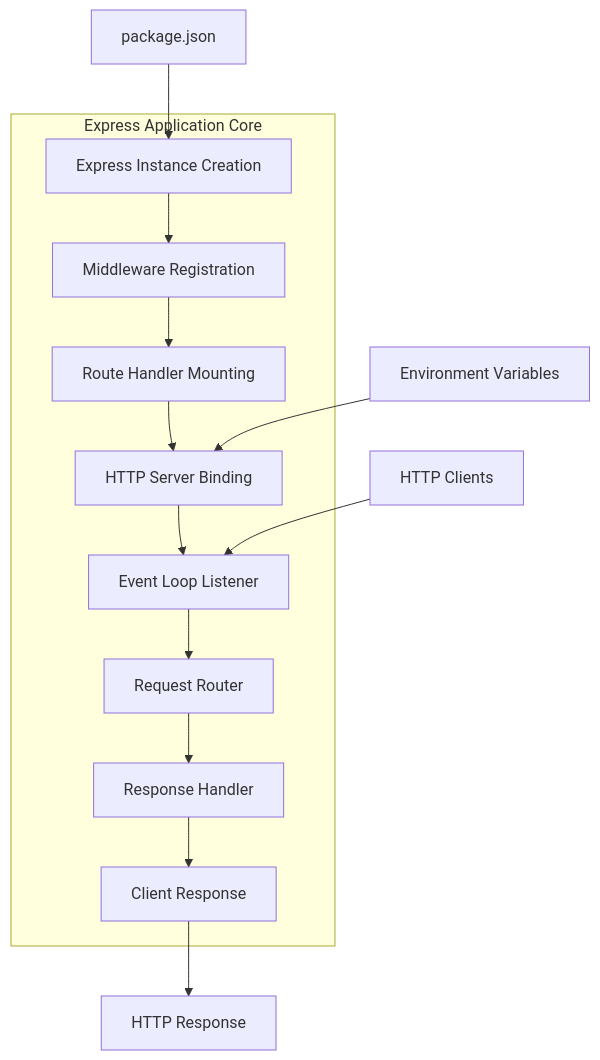
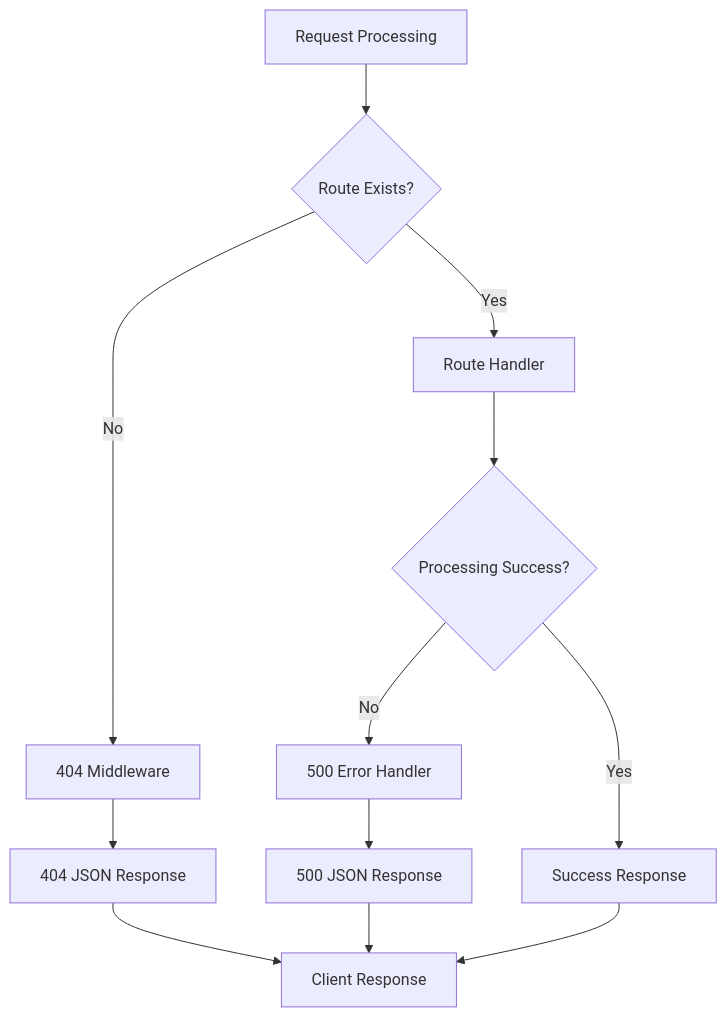
One commit to lakshya-blitzy/branch_August_lakshya_ changed diagram 20 of 47 in blitzy/documentation/Technical Specifications.md. Above: the diagram before and after it, drawn with Mermaid. The commit also changed other lines of this file, not shown here.

````diff
--- a/blitzy/documentation/Technical Specifications.md
+++ b/blitzy/documentation/Technical Specifications.md
@@ -2145,19 +2085,14 @@
 ```mermaid
-graph TB
-    subgraph "Express Application Core"
-        A[Express Instance Creation] --> B[Middleware Registration]
-        B --> C[Route Handler Mounting]
-        C --> D[HTTP Server Binding]
-        
-        D --> E[Event Loop Listener]
-        E --> F[Request Router]
-        F --> G[Response Handler]
-        
-        G --> H[Client Response]
-    end
-    
-    I[package.json] --> A
-    J[Environment Variables] --> D
-    K[HTTP Clients] --> E
-    H --> L[HTTP Response]
+flowchart TD
+    A[Request Processing] --> B{Route Exists?}
+    B -->|No| C[404 Middleware]
+    B -->|Yes| D[Route Handler]
+    D --> E{Processing Success?}
+    E -->|No| F[500 Error Handler]
+    E -->|Yes| G[Success Response]
+    C --> H[404 JSON Response]
+    F --> I[500 JSON Response]
+    G --> J[Client Response]
+    H --> J
+    I --> J
 ```
````
